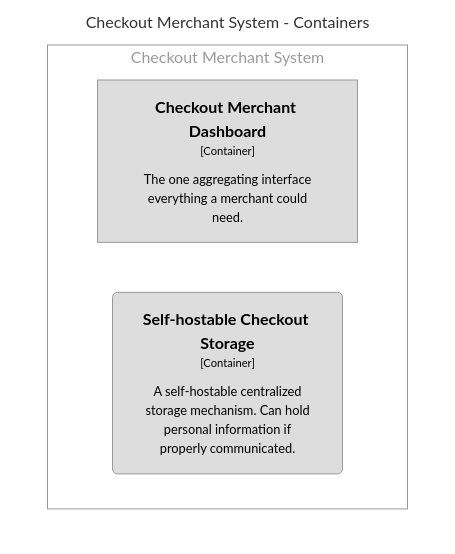
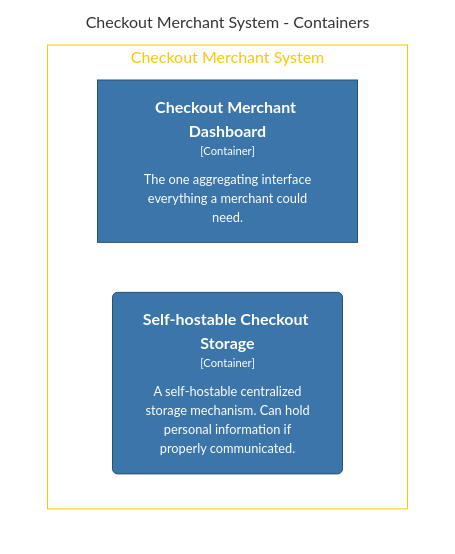
The diagram in architecture/diagrams/structurizr-CheckoutMerchantSystem.mmd (superfluid-finance/widget), drawn with Mermaid before and after one commit. The commit also changed 13 other files, not shown here.

```diff
--- a/architecture/diagrams/structurizr-CheckoutMerchantSystem.mmd
+++ b/architecture/diagrams/structurizr-CheckoutMerchantSystem.mmd
@@ -1,16 +1,16 @@
 graph TB
   linkStyle default fill:#ffffff
 
   subgraph diagram [Checkout Merchant System - Containers]
     style diagram fill:#ffffff,stroke:#ffffff
 
-    subgraph 32 [Checkout Merchant System]
-      style 32 fill:#ffffff,stroke:#9a9a9a,color:#9a9a9a
+    subgraph 37 [Checkout Merchant System]
+      style 37 fill:#ffffff,stroke:#f8c806,color:#f8c806
 
-      33["<div style='font-weight: bold'>Checkout Merchant Dashboard</div><div style='font-size: 70%; margin-top: 0px'>[Container]</div><div style='font-size: 80%; margin-top:10px'>The one aggregating interface<br />everything a merchant could<br />need.</div>"]
-      style 33 fill:#dddddd,stroke:#9a9a9a,color:#000000
-      34("<div style='font-weight: bold'>Self-hostable Checkout Storage</div><div style='font-size: 70%; margin-top: 0px'>[Container]</div><div style='font-size: 80%; margin-top:10px'>A self-hostable centralized<br />storage mechanism. Can hold<br />personal information if<br />properly communicated.</div>")
-      style 34 fill:#dddddd,stroke:#9a9a9a,color:#000000
+      38["<div style='font-weight: bold'>Checkout Merchant Dashboard</div><div style='font-size: 70%; margin-top: 0px'>[Container]</div><div style='font-size: 80%; margin-top:10px'>The one aggregating interface<br />everything a merchant could<br />need.</div>"]
+      style 38 fill:#3b75a9,stroke:#295176,color:#ffffff
+      39("<div style='font-weight: bold'>Self-hostable Checkout Storage</div><div style='font-size: 70%; margin-top: 0px'>[Container]</div><div style='font-size: 80%; margin-top:10px'>A self-hostable centralized<br />storage mechanism. Can hold<br />personal information if<br />properly communicated.</div>")
+      style 39 fill:#3b75a9,stroke:#295176,color:#ffffff
     end
 
   end
```
